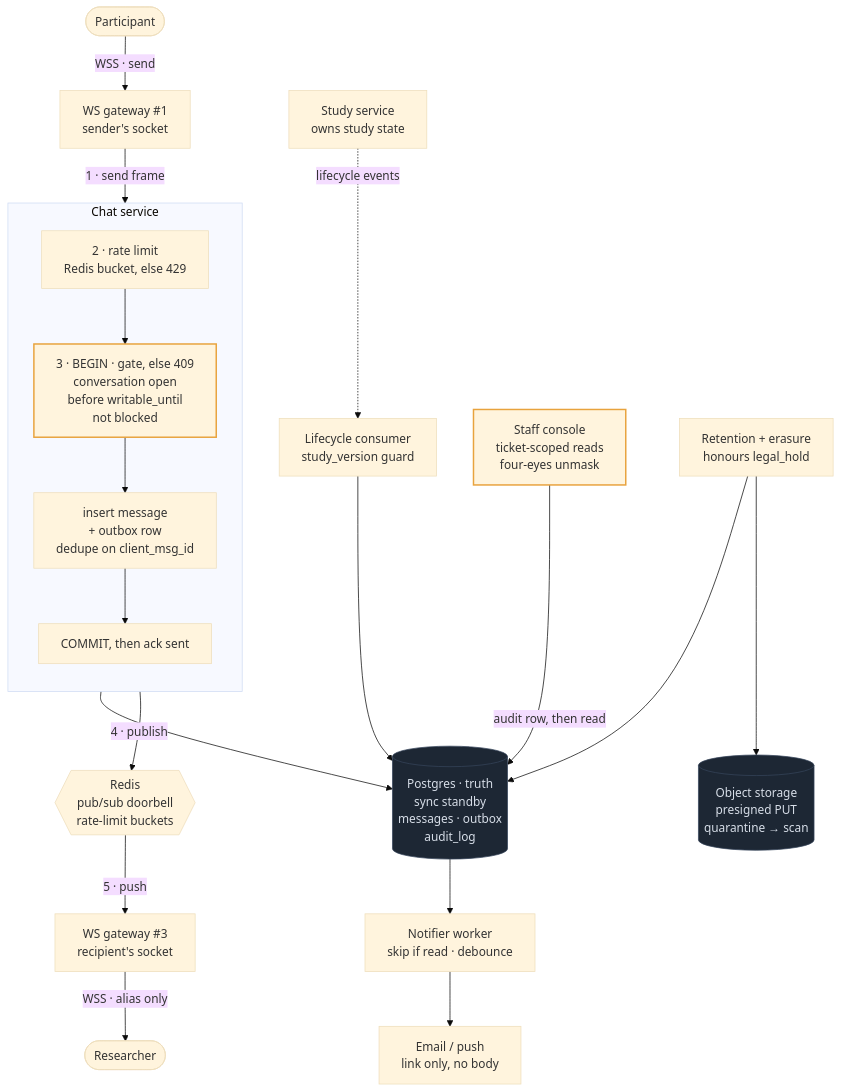
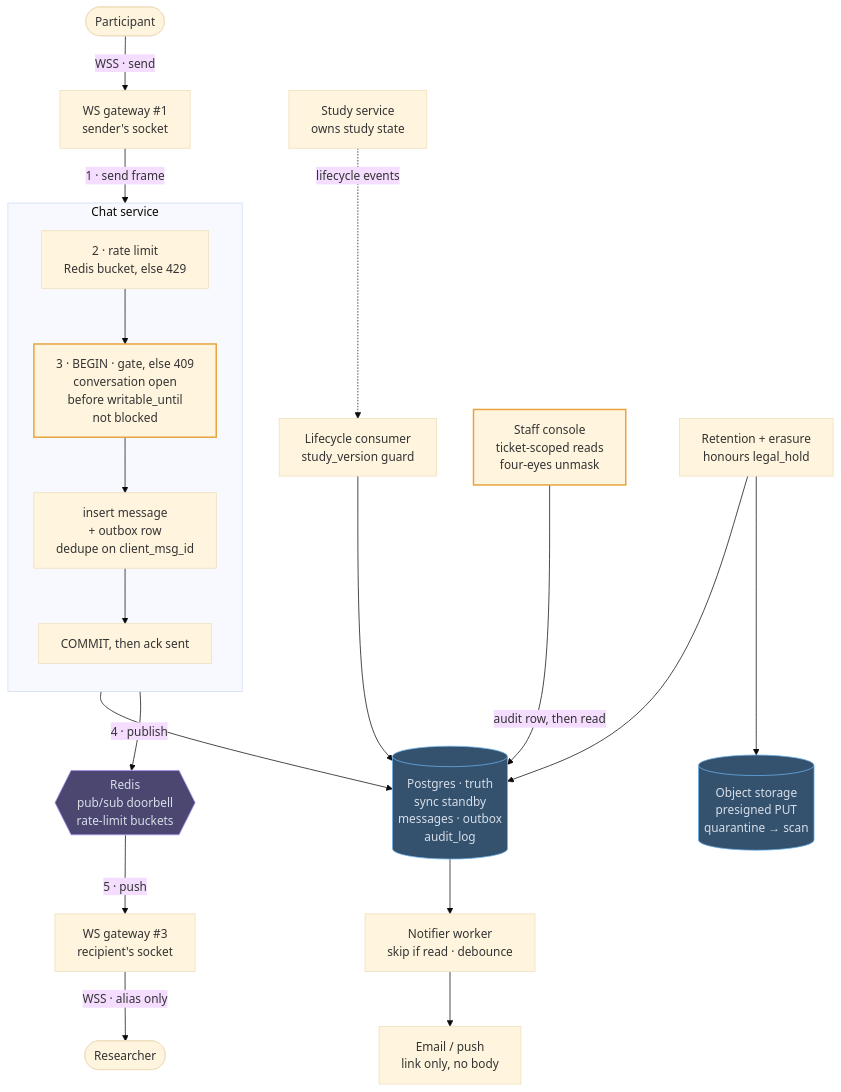
The diagram in content/designs/16-researcher-participant-chat.md (mertkahyaoglu/atlas), drawn with Mermaid (base theme) before and after one commit. The commit also changed 16 other files, not shown here.

````diff
--- a/content/designs/16-researcher-participant-chat.md
+++ b/content/designs/16-researcher-participant-chat.md
@@ -193,45 +193,47 @@
 ```mermaid
 flowchart TB
     P([Participant]) -- "WSS · send" --> GWA["WS gateway #1<br/>sender's socket"]
     GWA -- "1 · send frame" --> Limit
 
     subgraph SEND ["Chat service"]
         direction TB
         Limit["2 · rate limit<br/>Redis bucket, else 429"]
         Gate["3 · BEGIN · gate, else 409<br/>conversation open<br/>before writable_until<br/>not blocked"]
         Write["insert message<br/>+ outbox row<br/>dedupe on client_msg_id"]
         Ack["COMMIT, then ack sent"]
         Limit --> Gate --> Write --> Ack
     end
 
     Study["Study service<br/>owns study state"] -. "lifecycle events" .-> Consumer["Lifecycle consumer<br/>study_version guard"]
     Consumer --> PG
     Write --> PG[("Postgres · truth<br/>sync standby<br/>messages · outbox<br/>audit_log")]
 
     Ack -- "4 · publish" --> Redis{{"Redis<br/>pub/sub doorbell<br/>rate-limit buckets"}}
     Redis -- "5 · push" --> GWB["WS gateway #3<br/>recipient's socket"]
     GWB -- "WSS · alias only" --> R([Researcher])
 
     PG --> Notifier["Notifier worker<br/>skip if read · debounce"]
     Notifier --> Email["Email / push<br/>link only, no body"]
 
     Staff["Staff console<br/>ticket-scoped reads<br/>four-eyes unmask"] -- "audit row, then read" --> PG
     Retention["Retention + erasure<br/>honours legal_hold"] --> PG
     Retention --> Obj[("Object storage<br/>presigned PUT<br/>quarantine → scan")]
 
-    classDef store fill:#1d2734,stroke:#35455a,color:#d7dee8
+    classDef store fill:#34526e,stroke:#6cb2ee,color:#d7dee8
+    classDef queue fill:#4b4771,stroke:#ad94f7,color:#d7dee8
     classDef hot stroke:#e8a33d,stroke-width:2px
     class PG,Obj store
     class Gate,Staff hot
+    class Redis queue
 
     click GWA href "/docs/07-apis-and-communication" "Role: holds the sender's socket and forwards frames to the chat service.<br/>Trade-off: stateful, but three nodes with a spare is the whole scaling story here."
     click Limit href "/docs/07-apis-and-communication" "Role: rejects a sender whose token bucket is empty, before any database work.<br/>Trade-off: one Redis round trip per send, and a Redis outage forces a fail-open or fail-closed choice."
     click Gate href "/docs/03-consistency-and-distributed-systems" "Role: checks conversation state and blocks inside the send transaction, before the insert.<br/>Trade-off: state is materialized from events, so a study closure lands a few seconds late."
     click PG href "/docs/02-data-storage" "Role: source of truth for conversations, messages, the outbox and the audit log.<br/>Trade-off: the synchronous standby adds a little commit latency so failover never loses an acked message."
     click Redis href "/docs/05-async-messaging-and-event-driven" "Role: rings the recipient's gateway after commit and holds rate-limit buckets.<br/>Trade-off: pub/sub drops publishes nobody hears, so clients resync from Postgres on reconnect."
     click Consumer href "/docs/05-async-messaging-and-event-driven" "Role: turns study lifecycle events into conversation state.<br/>Trade-off: events repeat and reorder, so every update is guarded by study_version."
     click Notifier href "/docs/03-consistency-and-distributed-systems" "Role: drains the transactional outbox into debounced email and push.<br/>Trade-off: at-least-once, so a crash mid-send can produce a duplicate email."
     click Obj href "/docs/09-specialized-building-blocks" "Role: attachment bytes, quarantined until scanned and served through short-lived URLs.<br/>Trade-off: scanning delays an attachment's appearance by a few seconds."
     click Staff href "/docs/08-reliability-and-operations" "Role: ticket-scoped support access and audited unmasking.<br/>Trade-off: reads fail closed if the audit write fails, choosing consistency over availability."
     click Retention href "/docs/08-reliability-and-operations" "Role: enforces retention deadlines and erasure requests.<br/>Trade-off: backups can't be edited, so erasure is replayed after restores or keys are shredded."
 ```
````
